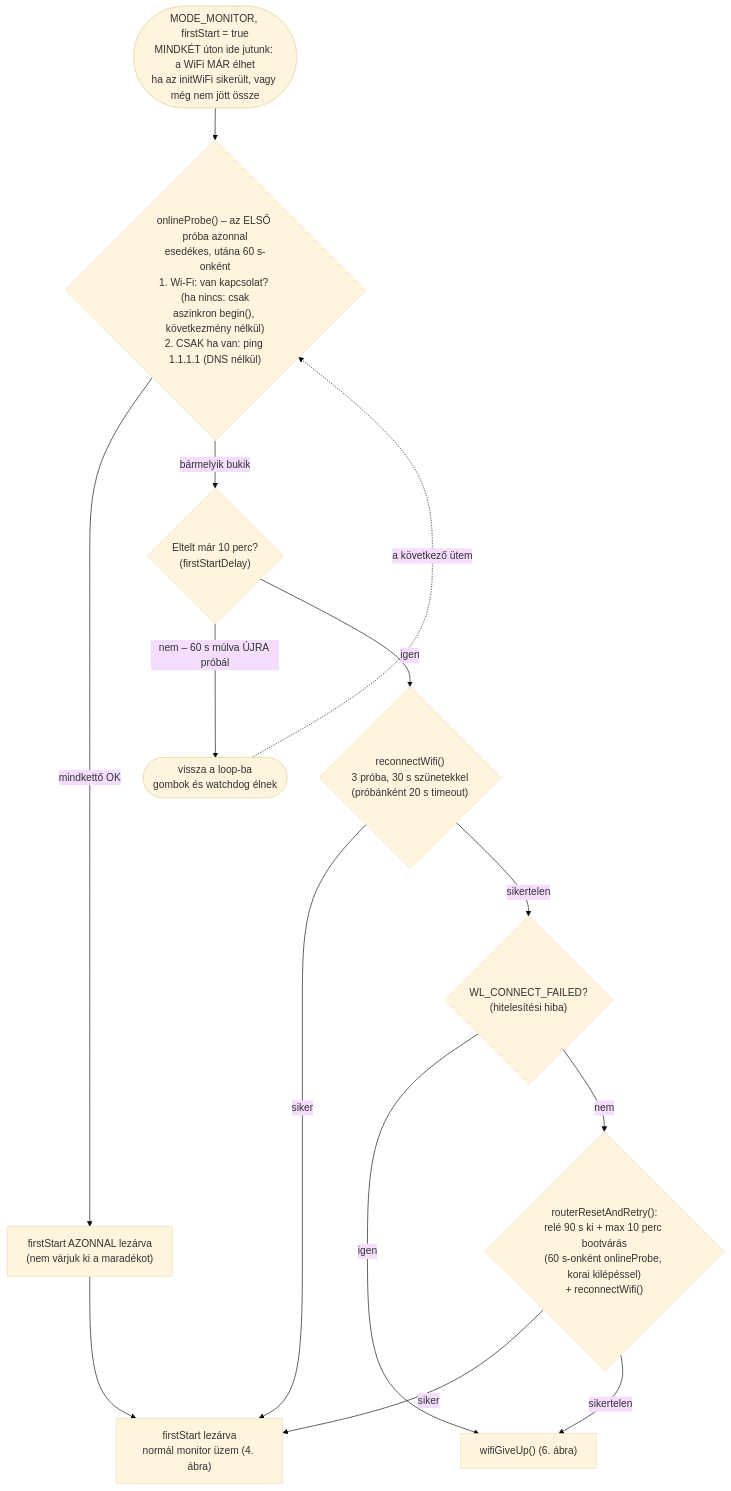
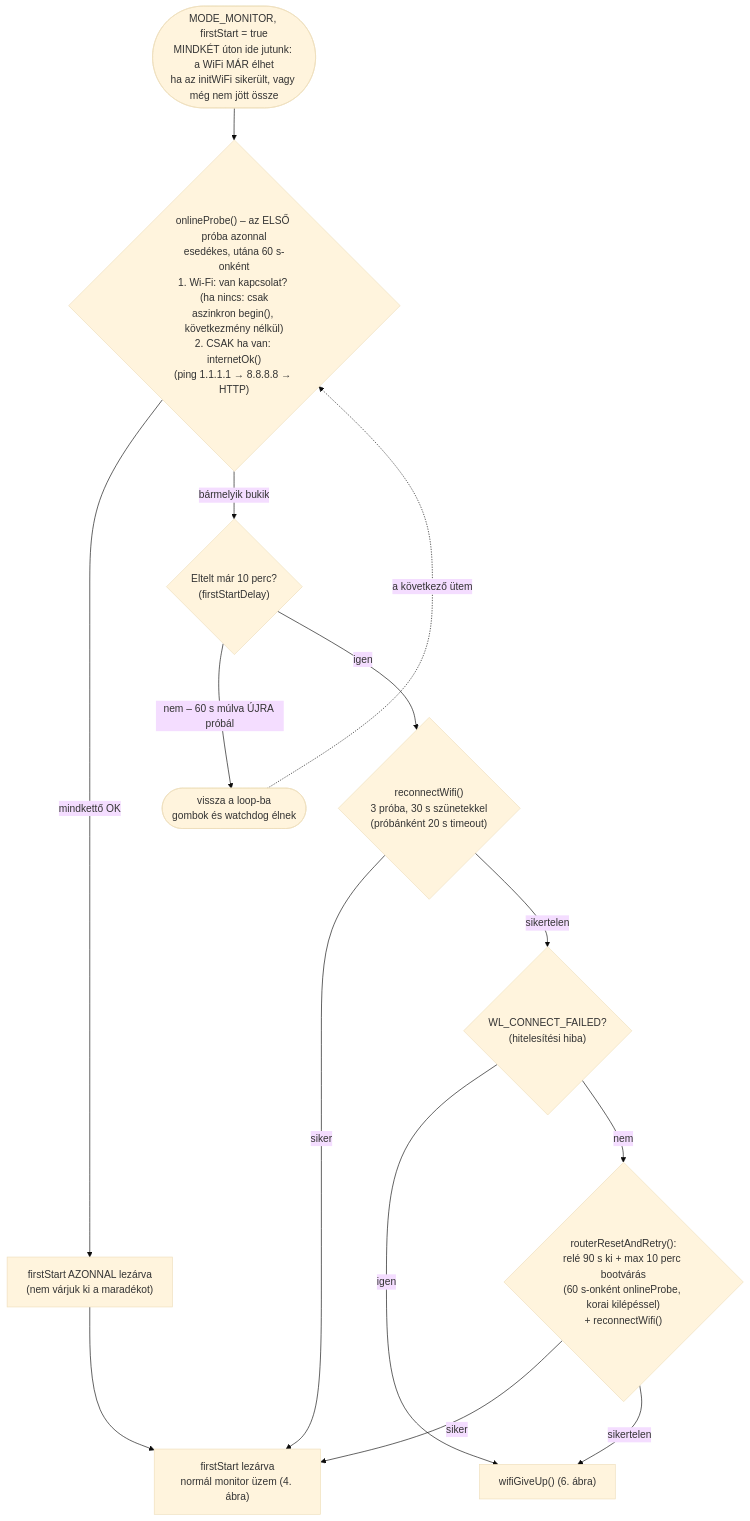
Before and after one commit to manszabi/bazsi-router-reboot: the third of 9 diagrams in FOLYAMATABRA.md, drawn with Mermaid (base theme). The commit also changed other lines of this file and 14 other files, not shown here.

````diff
--- a/FOLYAMATABRA.md
+++ b/FOLYAMATABRA.md
@@ -103,16 +101,16 @@
 ```mermaid
 flowchart TD
-    IN([MODE_MONITOR, firstStart = true<br>MINDKÉT úton ide jutunk: a WiFi MÁR élhet<br>ha az initWiFi sikerült, vagy még nem jött össze]) --> PRB{"onlineProbe() – az ELSŐ próba azonnal<br>esedékes, utána 60 s-onként<br>1. Wi-Fi: van kapcsolat? (ha nincs: csak<br>aszinkron begin(), következmény nélkül)<br>2. CSAK ha van: ping 1.1.1.1 (DNS nélkül)"}
+    IN([MODE_MONITOR, firstStart = true<br>MINDKÉT úton ide jutunk: a WiFi MÁR élhet<br>ha az initWiFi sikerült, vagy még nem jött össze]) --> PRB{"onlineProbe() – az ELSŐ próba azonnal<br>esedékes, utána 60 s-onként<br>1. Wi-Fi: van kapcsolat? (ha nincs: csak<br>aszinkron begin(), következmény nélkül)<br>2. CSAK ha van: internetOk()<br>(ping 1.1.1.1 → 8.8.8.8 → HTTP)"}
     PRB -->|"mindkettő OK"| EARLY["firstStart AZONNAL lezárva<br>(nem várjuk ki a maradékot)"]
     EARLY --> DONE
     PRB -->|"bármelyik bukik"| WAIT{"Eltelt már 10 perc?<br>(firstStartDelay)"}
     WAIT -->|"nem – 60 s múlva ÚJRA próbál"| BACK([vissza a loop-ba<br>gombok és watchdog élnek])
     BACK -.->|"a következő ütem"| PRB
     WAIT -->|igen| REC{"reconnectWifi()<br>3 próba, 30 s szünetekkel<br>(próbánként 20 s timeout)"}
     REC -->|siker| DONE["firstStart lezárva<br>normál monitor üzem (4. ábra)"]
     REC -->|sikertelen| AUTH{"WL_CONNECT_FAILED?<br>(hitelesítési hiba)"}
     AUTH -->|igen| GU["wifiGiveUp() (6. ábra)"]
     AUTH -->|nem| RST{"routerResetAndRetry():<br>relé 90 s ki + max 10 perc bootvárás<br>(60 s-onként onlineProbe, korai kilépéssel)<br>+ reconnectWifi()"}
     RST -->|siker| DONE
     RST -->|sikertelen| GU
 ```
````
